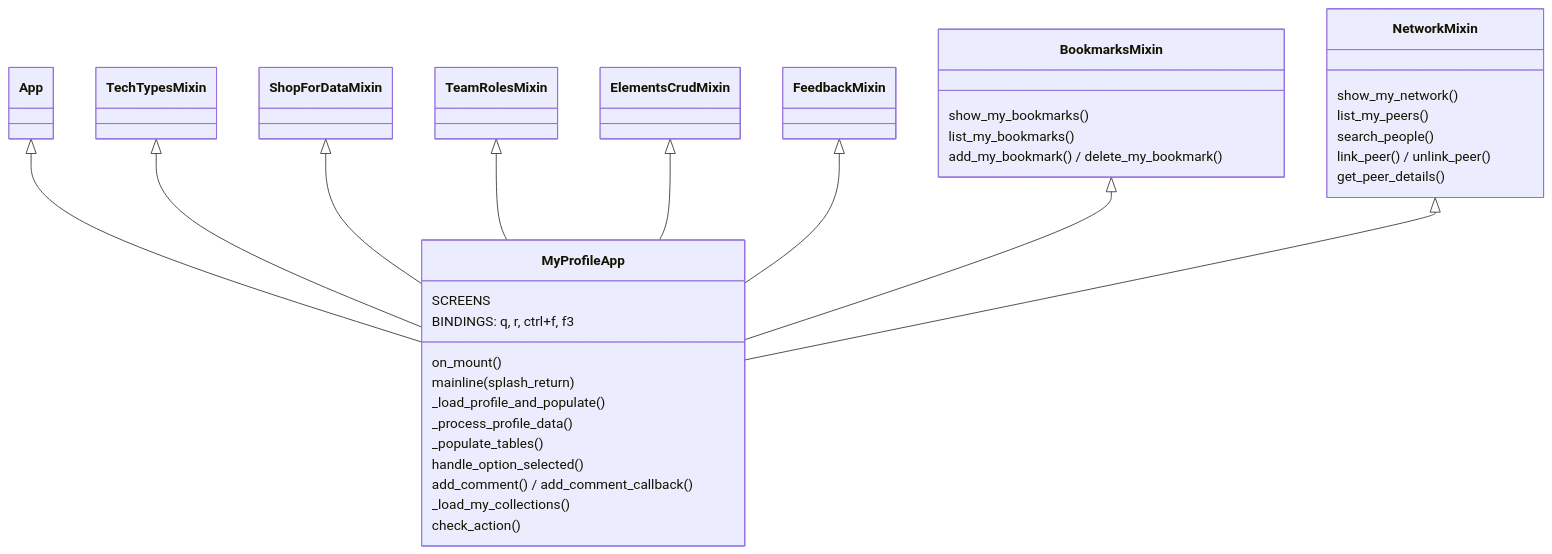
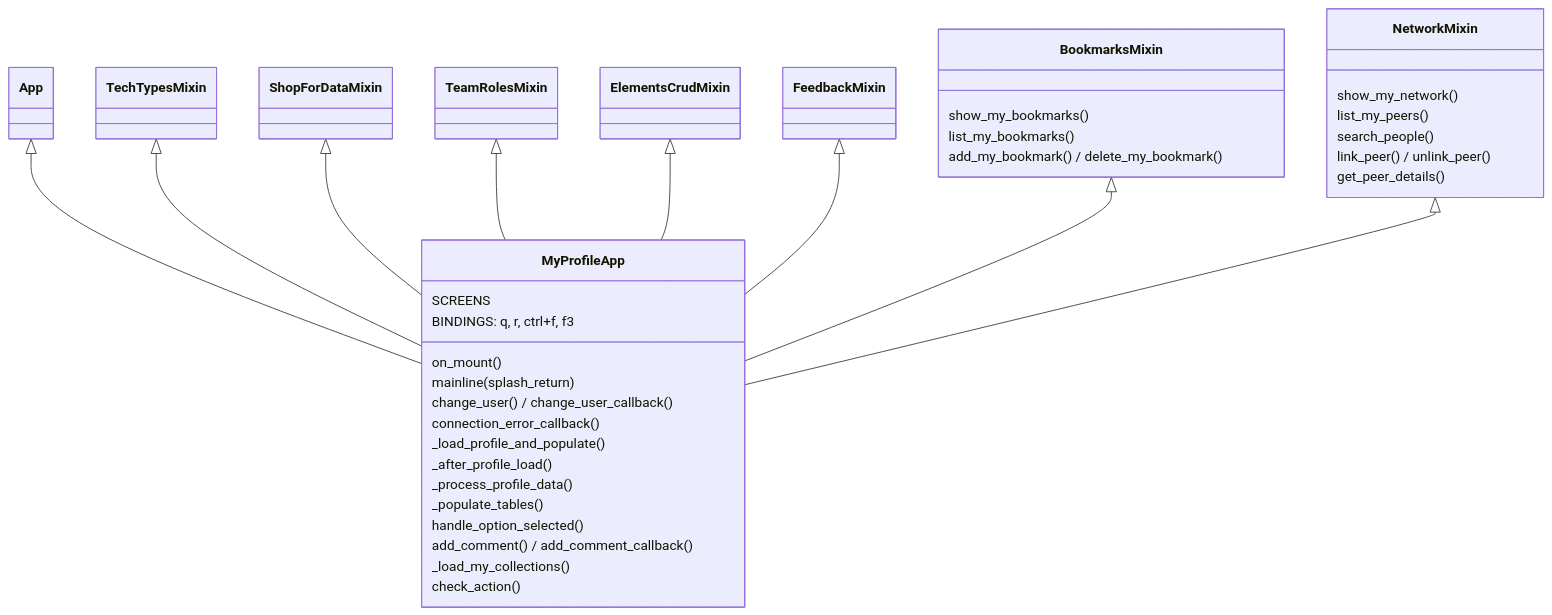
Before and after one commit to odpi/egeria-python: the first of 8 diagrams in docs/My-Egeria-Doc.md, drawn with Mermaid. The commit also changed other lines of this file and 13 other files, not shown here.

````diff
--- a/docs/My-Egeria-Doc.md
+++ b/docs/My-Egeria-Doc.md
@@ -42,42 +44,45 @@
 ```mermaid
 classDiagram
     class App
     class MyProfileApp {
         SCREENS
         BINDINGS: q, r, ctrl+f, f3
         on_mount()
         mainline(splash_return)
+        change_user() / change_user_callback()
+        connection_error_callback()
         _load_profile_and_populate()
+        _after_profile_load()
         _process_profile_data()
         _populate_tables()
         handle_option_selected()
         add_comment() / add_comment_callback()
         _load_my_collections()
         check_action()
     }
     class TechTypesMixin
     class ShopForDataMixin
     class TeamRolesMixin
     class ElementsCrudMixin
     class FeedbackMixin
     class BookmarksMixin {
         show_my_bookmarks()
         list_my_bookmarks()
         add_my_bookmark() / delete_my_bookmark()
     }
     class NetworkMixin {
         show_my_network()
         list_my_peers()
         search_people()
         link_peer() / unlink_peer()
         get_peer_details()
     }
     App <|-- MyProfileApp
     TechTypesMixin <|-- MyProfileApp
     ShopForDataMixin <|-- MyProfileApp
     TeamRolesMixin <|-- MyProfileApp
     ElementsCrudMixin <|-- MyProfileApp
     FeedbackMixin <|-- MyProfileApp
     BookmarksMixin <|-- MyProfileApp
     NetworkMixin <|-- MyProfileApp
 ```
````
